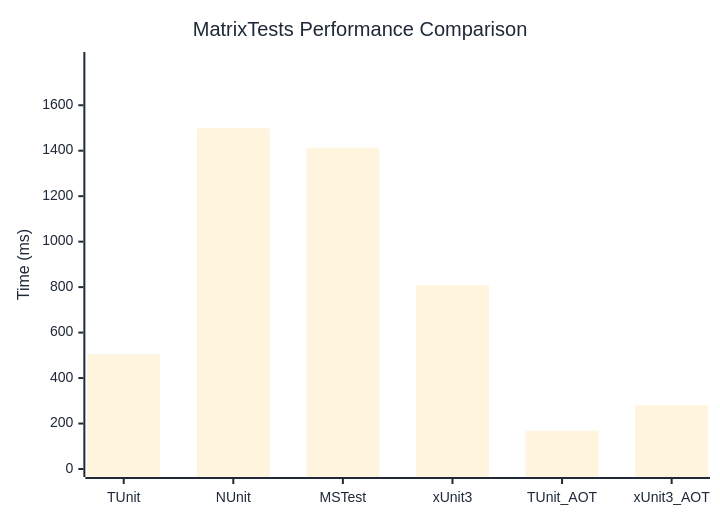
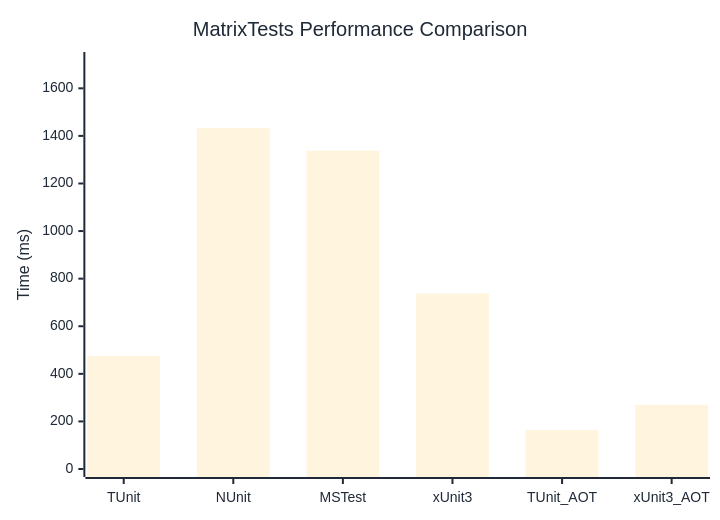
Before and after one commit to thomhurst/TUnit: the diagram in docs/docs/benchmarks/engine/MatrixTests.md, drawn with Mermaid. The commit also changed other lines of this file and 18 other files, not shown here.

````diff
--- a/docs/docs/benchmarks/engine/MatrixTests.md
+++ b/docs/docs/benchmarks/engine/MatrixTests.md
@@ -30,37 +30,37 @@
 ```mermaid
 %%{init: {
   'theme':'base',
   'themeVariables': {
     'primaryColor': '#2563eb',
     'primaryTextColor': '#1f2937',
     'primaryBorderColor': '#1e40af',
     'lineColor': '#6b7280',
     'secondaryColor': '#7c3aed',
     'tertiaryColor': '#dc2626',
     'background': '#ffffff',
     'mainBkg': '#2563eb',
     'secondBkg': '#7c3aed',
     'tertiaryBkg': '#dc2626',
     'clusterBkg': '#f3f4f6',
     'edgeLabelBackground': '#ffffff',
     'tertiaryTextColor': '#1f2937',
     'pie1': '#2563eb',
     'pie2': '#7c3aed',
     'pie3': '#dc2626',
     'pie4': '#f59e0b',
     'pie5': '#10b981',
     'pie6': '#06b6d4',
     'pie7': '#ec4899',
     'pie8': '#6366f1',
     'pie9': '#84cc16',
     'pie10': '#f97316',
     'pie11': '#14b8a6',
     'pie12': '#a855f7'
   }
 }}%%
 xychart-beta
   title "MatrixTests Performance Comparison"
   x-axis ["TUnit", "NUnit", "MSTest", "xUnit3", "TUnit_AOT", "xUnit3_AOT"]
-  y-axis "Time (ms)" 0 --> 1799
-  bar [505, 1498.9, 1413, 809.5, 168.3, 280.5]
+  y-axis "Time (ms)" 0 --> 1719
+  bar [474.8, 1432, 1337.8, 738, 164, 270]
 ```
````
